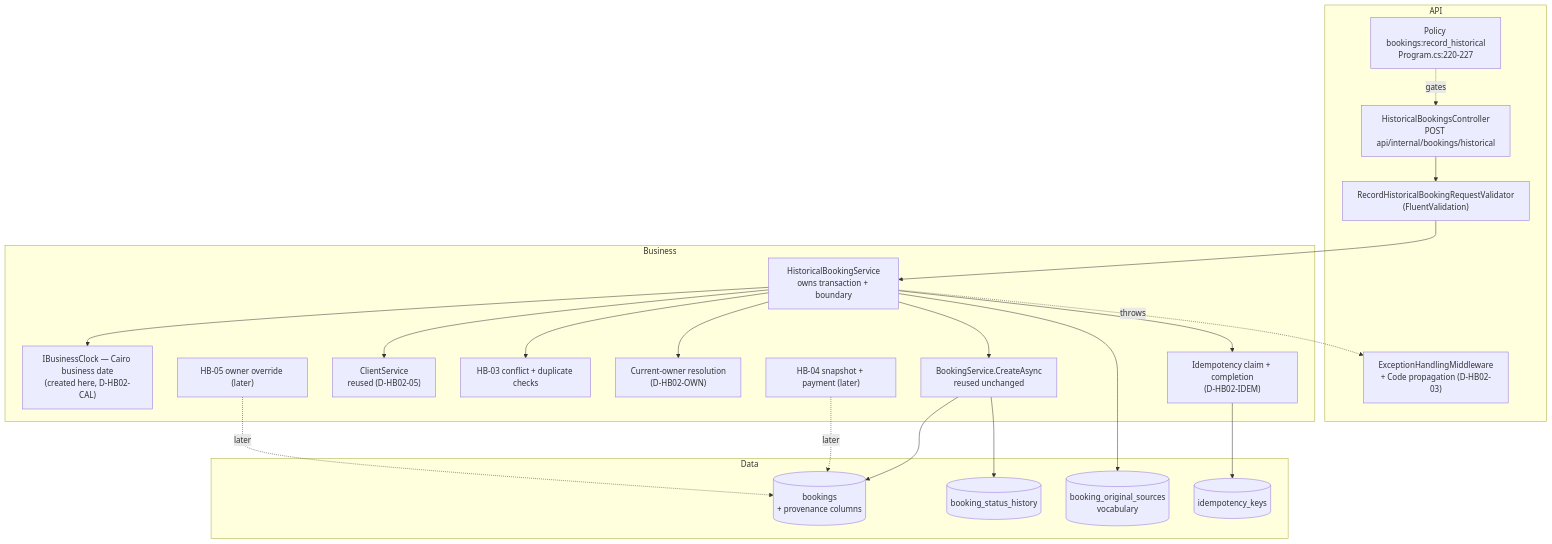
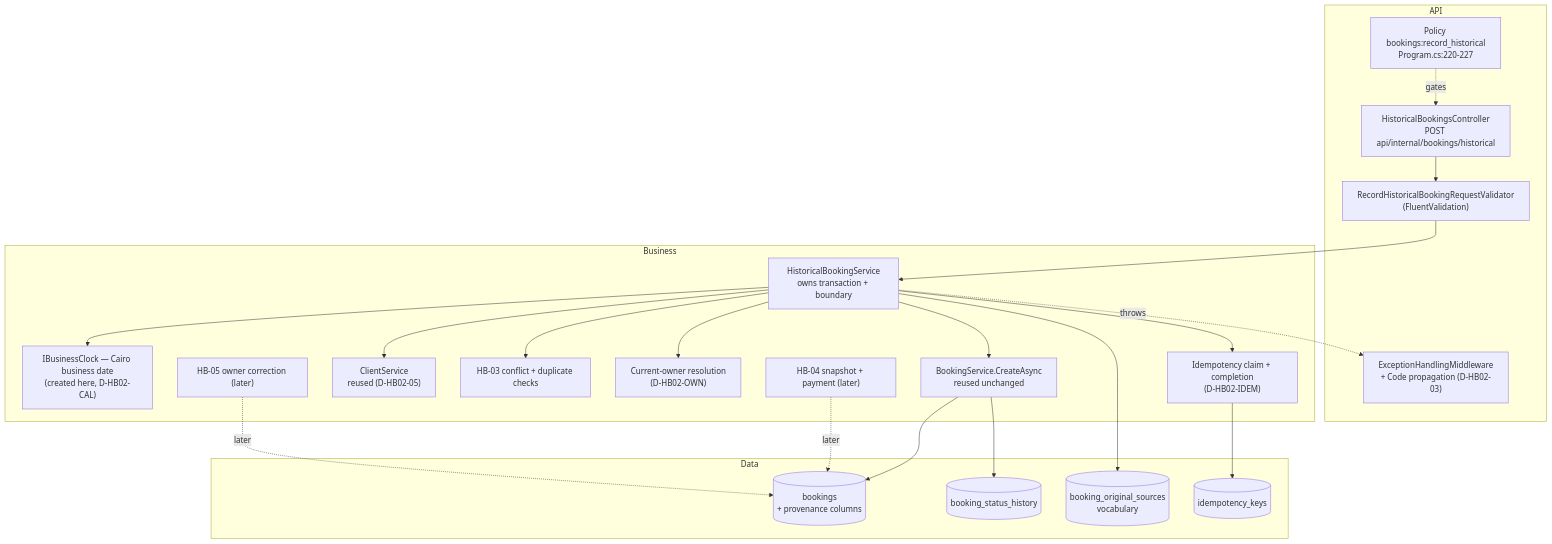
One commit to HozaifaAlmelli/REMAL changed the second of 3 diagrams in docs/plans/historical-bookings/02_TICKET_HISTORICAL_BOOKING_DOMAIN_AND_API.md. Above: the diagram before and after it, drawn with Mermaid. The commit also changed other lines of this file and 12 other files, not shown here.

````diff
--- a/docs/plans/historical-bookings/02_TICKET_HISTORICAL_BOOKING_DOMAIN_AND_API.md
+++ b/docs/plans/historical-bookings/02_TICKET_HISTORICAL_BOOKING_DOMAIN_AND_API.md
@@ -487,40 +486,40 @@
 ```mermaid
 graph TD
     subgraph API
         HC["HistoricalBookingsController<br/>POST api/internal/bookings/historical"]
         VAL["RecordHistoricalBookingRequestValidator<br/>(FluentValidation)"]
         POL["Policy bookings:record_historical<br/>Program.cs:220-227"]
         MW["ExceptionHandlingMiddleware<br/>+ Code propagation (D-HB02-03)"]
     end
     subgraph Business
         HS["HistoricalBookingService<br/>owns transaction + boundary"]
         CAL["IBusinessClock — Cairo business date<br/>(created here, D-HB02-CAL)"]
         BS["BookingService.CreateAsync<br/>reused unchanged"]
         CS["ClientService<br/>reused (D-HB02-05)"]
         H3["HB-03 conflict + duplicate checks"]
         OWN["Current-owner resolution<br/>(D-HB02-OWN)"]
         IDM["Idempotency claim + completion<br/>(D-HB02-IDEM)"]
         H4["HB-04 snapshot + payment (later)"]
-        H5["HB-05 owner override (later)"]
+        H5["HB-05 owner correction (later)"]
     end
     subgraph Data
         BK[("bookings<br/>+ provenance columns")]
         BH[("booking_status_history")]
         SRC[("booking_original_sources<br/>vocabulary")]
         IDK[("idempotency_keys")]
     end
 
     HC --> VAL --> HS
     POL -.gates.-> HC
     HS -.throws.-> MW
     HS --> CAL
     HS --> H3
     HS --> OWN & IDM
     HS --> CS
     HS --> BS --> BK
     BS --> BH
     HS --> SRC
     IDM --> IDK
     H4 -.later.-> BK
     H5 -.later.-> BK
 ```
````
